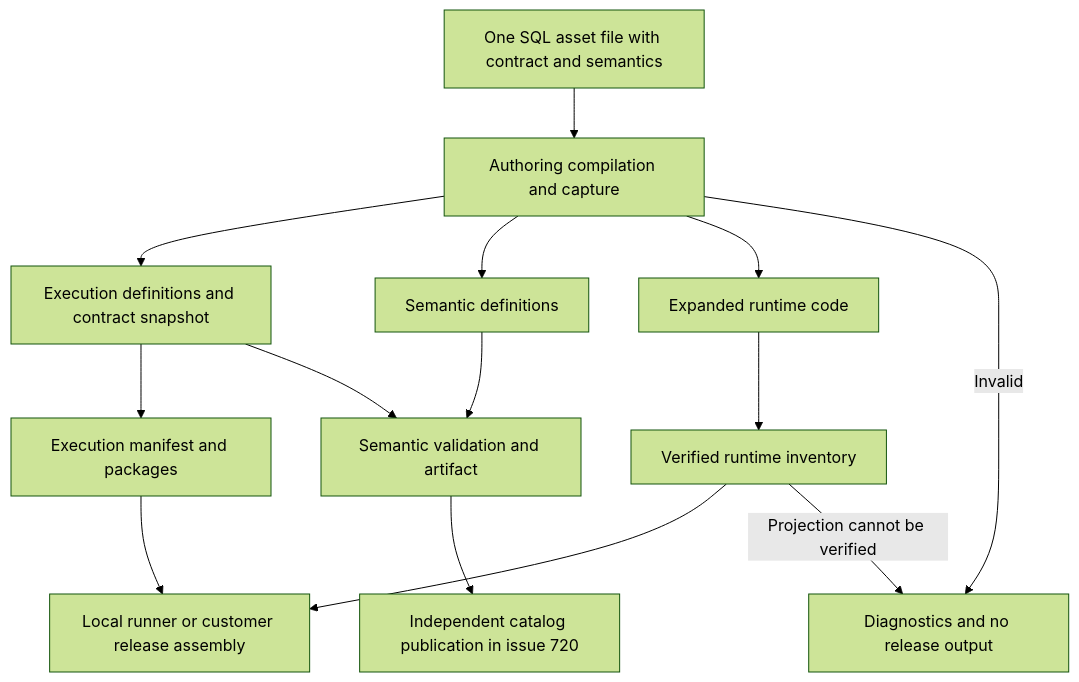
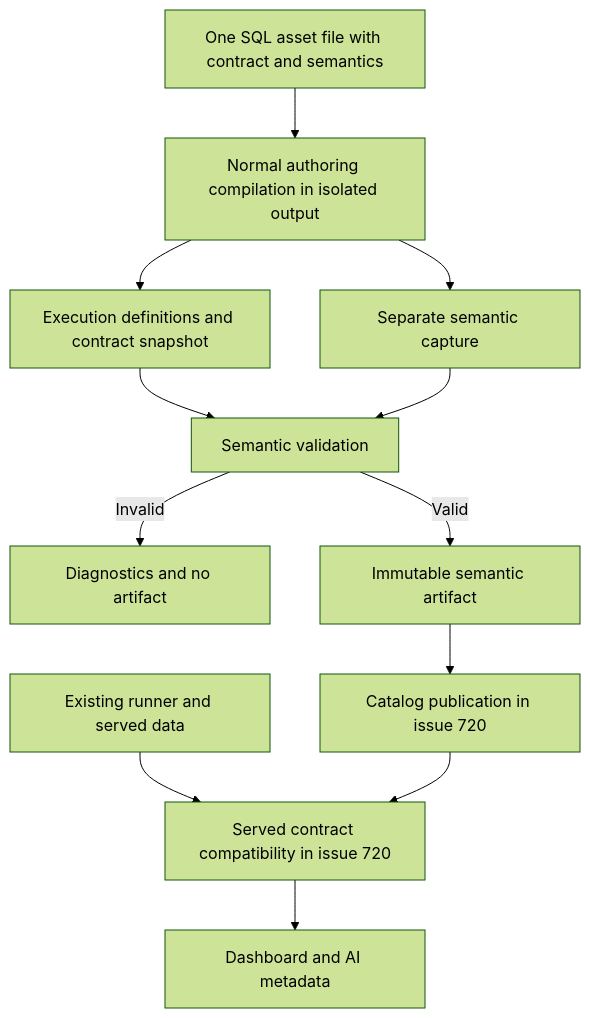
Before and after one commit to eirhop/favn: the second of 2 diagrams in docs/change-records/2026/issue-718-pr-723-semantic-model.md, drawn with Mermaid (forest theme). The commit also changed other lines of this file, not shown here.

Commit message:
docs: approve simplified semantic implementation plan

````diff
--- a/docs/change-records/2026/issue-718-pr-723-semantic-model.md
+++ b/docs/change-records/2026/issue-718-pr-723-semantic-model.md
@@ -749,16 +697,14 @@
 ```mermaid
 flowchart TD
-    A[One SQL asset file with contract and semantics] --> B[Authoring compilation and capture]
+    A[One SQL asset file with contract and semantics] --> B[Normal authoring compilation in isolated output]
     B --> C[Execution definitions and contract snapshot]
-    B --> D[Semantic definitions]
-    B --> E[Expanded runtime code]
-    C --> F[Execution manifest and packages]
-    C --> G[Semantic validation and artifact]
-    D --> G
-    E --> H[Verified runtime inventory]
-    H --> I[Local runner or customer release assembly]
-    F --> I
-    G --> J[Independent catalog publication in issue 720]
-    B -->|Invalid| X[Diagnostics and no release output]
-    H -->|Projection cannot be verified| X
+    B --> D[Separate semantic capture]
+    C --> E[Semantic validation]
+    D --> E
+    E -->|Invalid| X[Diagnostics and no artifact]
+    E -->|Valid| F[Immutable semantic artifact]
+    F --> G[Catalog publication in issue 720]
+    H[Existing runner and served data] --> I[Served contract compatibility in issue 720]
+    G --> I
+    I --> J[Dashboard and AI metadata]
 ```
````
